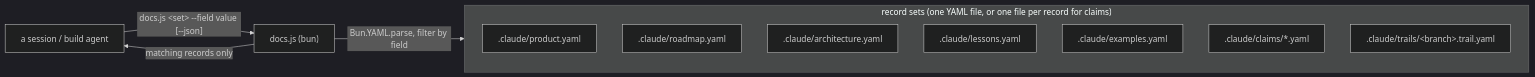
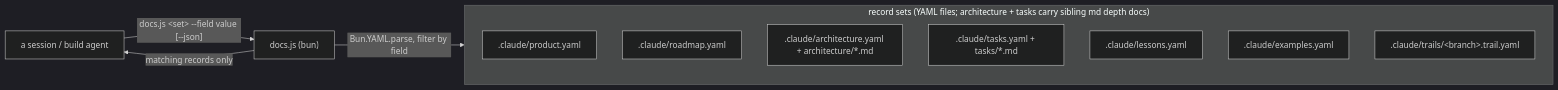
Before and after one commit to outputty/claude-plugin: the diagram in skills/outputty/references/product-template.md, drawn with Mermaid (dark theme). The commit also changed other lines of this file and 21 other files, not shown here.

````diff
--- a/skills/outputty/references/product-template.md
+++ b/skills/outputty/references/product-template.md
@@ -184,15 +238,15 @@
 ```mermaid
 flowchart LR
-    subgraph sets ["record sets (one YAML file, or one file per record for claims)"]
+    subgraph sets ["record sets (YAML files; architecture + tasks carry sibling md depth docs)"]
         product[".claude/product.yaml"]
         roadmap[".claude/roadmap.yaml"]
-        architecture[".claude/architecture.yaml"]
+        architecture[".claude/architecture.yaml + architecture/*.md"]
+        tasks[".claude/tasks.yaml + tasks/*.md"]
         lessons[".claude/lessons.yaml"]
         examples[".claude/examples.yaml"]
-        claims[".claude/claims/*.yaml"]
         trail[".claude/trails/&lt;branch&gt;.trail.yaml"]
     end
     reader["a session / build agent"] -->|"docs.js &lt;set&gt; --field value [--json]"| docsjs["docs.js (bun)"]
     docsjs -->|"Bun.YAML.parse, filter by field"| sets
     docsjs -->|"matching records only"| reader
 ```
````
